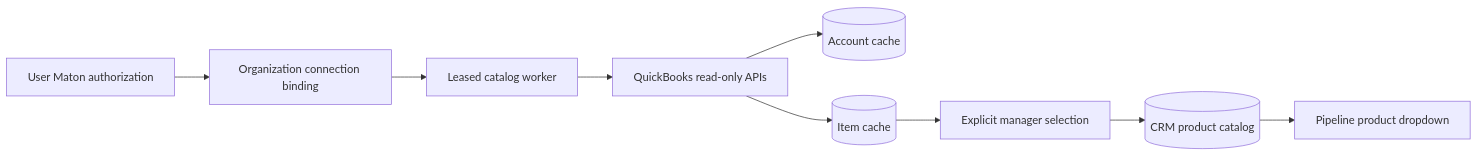
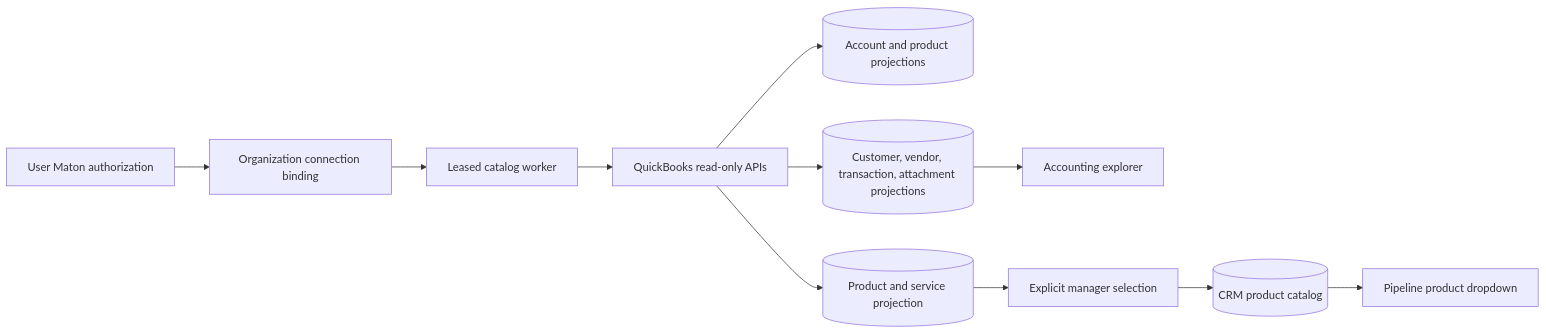
The diagram in docs/modules/quickbooks-accounting.md (jarrettcrosby/clawpilot), drawn with Mermaid before and after one commit. The commit also changed other lines of this file and 16 other files, not shown here.

Commit message:
feat: add QuickBooks accounting explorer

````diff
--- a/docs/modules/quickbooks-accounting.md
+++ b/docs/modules/quickbooks-accounting.md
@@ -29,11 +29,13 @@
 ```mermaid
 flowchart LR
   User[User Maton authorization] --> Binding[Organization connection binding]
   Binding --> Worker[Leased catalog worker]
   Worker --> QBO[QuickBooks read-only APIs]
-  QBO --> Accounts[(Account cache)]
-  QBO --> Items[(Item cache)]
+  QBO --> Accounts[(Account and product projections)]
+  QBO --> Financial[(Customer, vendor, transaction, attachment projections)]
+  Financial --> Explorer[Accounting explorer]
+  QBO --> Items[(Product and service projection)]
   Items --> Selection[Explicit manager selection]
   Selection --> CRM[(CRM product catalog)]
   CRM --> Pipeline[Pipeline product dropdown]
 ```
````
